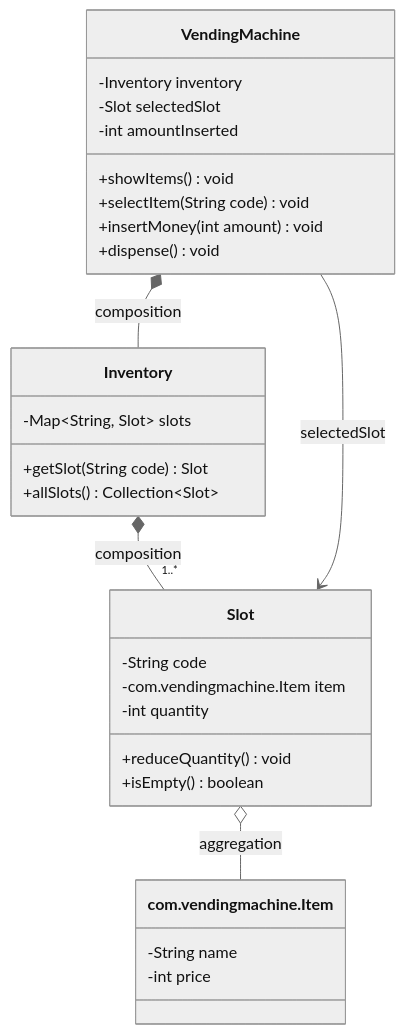
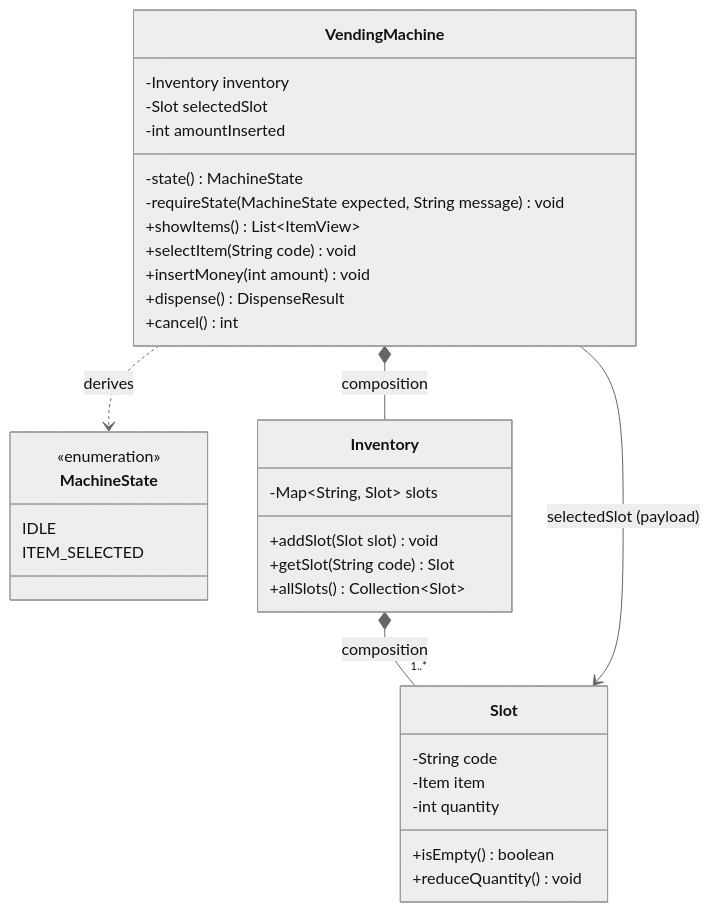
Before and after one commit to satishmpatel91/lld-practice: the second of 2 diagrams in vending-machine/VendingMachine.md, drawn with Mermaid (neutral theme). The commit also changed other lines of this file and 3 other files, not shown here.

First line of the commit message:
Vending machine V2a: make the state explicit by deriving it

````diff
--- a/vending-machine/VendingMachine.md
+++ b/vending-machine/VendingMachine.md
@@ -65,36 +261,41 @@
 ```mermaid
 classDiagram
     class VendingMachine {
         -Inventory inventory
         -Slot selectedSlot
         -int amountInserted
-        +showItems() void
+        -state() MachineState
+        -requireState(MachineState expected, String message) void
+        +showItems() List~ItemView~
         +selectItem(String code) void
         +insertMoney(int amount) void
-        +dispense() void
+        +dispense() DispenseResult
+        +cancel() int
+    }
+
+    class MachineState {
+        <<enumeration>>
+        IDLE
+        ITEM_SELECTED
     }
 
     class Inventory {
         -Map~String, Slot~ slots
+        +addSlot(Slot slot) void
         +getSlot(String code) Slot
         +allSlots() Collection~Slot~
     }
 
     class Slot {
         -String code
-        -com.vendingmachine.Item item
+        -Item item
         -int quantity
+        +isEmpty() boolean
         +reduceQuantity() void
-        +isEmpty() boolean
-    }
-
-    class com.vendingmachine.Item {
-        -String name
-        -int price
     }
 
     VendingMachine *-- Inventory : composition
     Inventory *-- "1..*" Slot : composition
-    Slot o-- com.vendingmachine.Item : aggregation
-    VendingMachine --> Slot : selectedSlot
+    VendingMachine --> Slot : selectedSlot (payload)
+    VendingMachine ..> MachineState : derives
 ```
````
